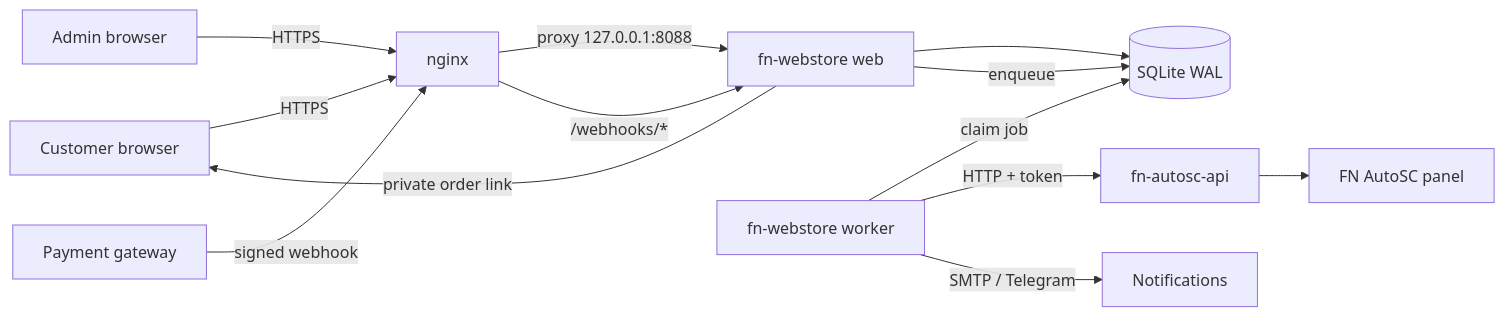
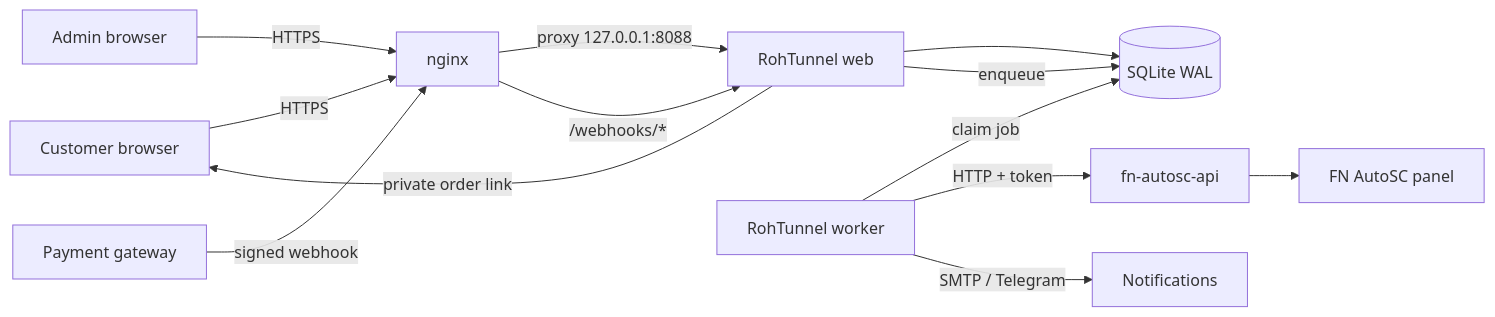
Before and after one commit to rohjagad/rohtunnel: the second of 2 diagrams in docs/PLAN.md, drawn with Mermaid. The commit also changed other lines of this file and 25 other files, not shown here.

First line of the commit message:
refactor: rename project to RohTunnel

````diff
--- a/docs/PLAN.md
+++ b/docs/PLAN.md
@@ -341,15 +341,15 @@
 ```mermaid
 flowchart LR
     C[Customer browser] -->|HTTPS| N[nginx]
     A[Admin browser] -->|HTTPS| N
-    N -->|proxy 127.0.0.1:8088| W[fn-webstore web]
+    N -->|proxy 127.0.0.1:8088| W[RohTunnel web]
     N -->|/webhooks/*| W
     W --> DB[(SQLite WAL)]
     W -->|enqueue| DB
     P[Payment gateway] -->|signed webhook| N
-    K[fn-webstore worker] -->|claim job| DB
+    K[RohTunnel worker] -->|claim job| DB
     K -->|HTTP + token| API[fn-autosc-api]
     API --> PANEL[FN AutoSC panel]
     K -->|SMTP / Telegram| M[Notifications]
     W -->|private order link| C
 ```
````
